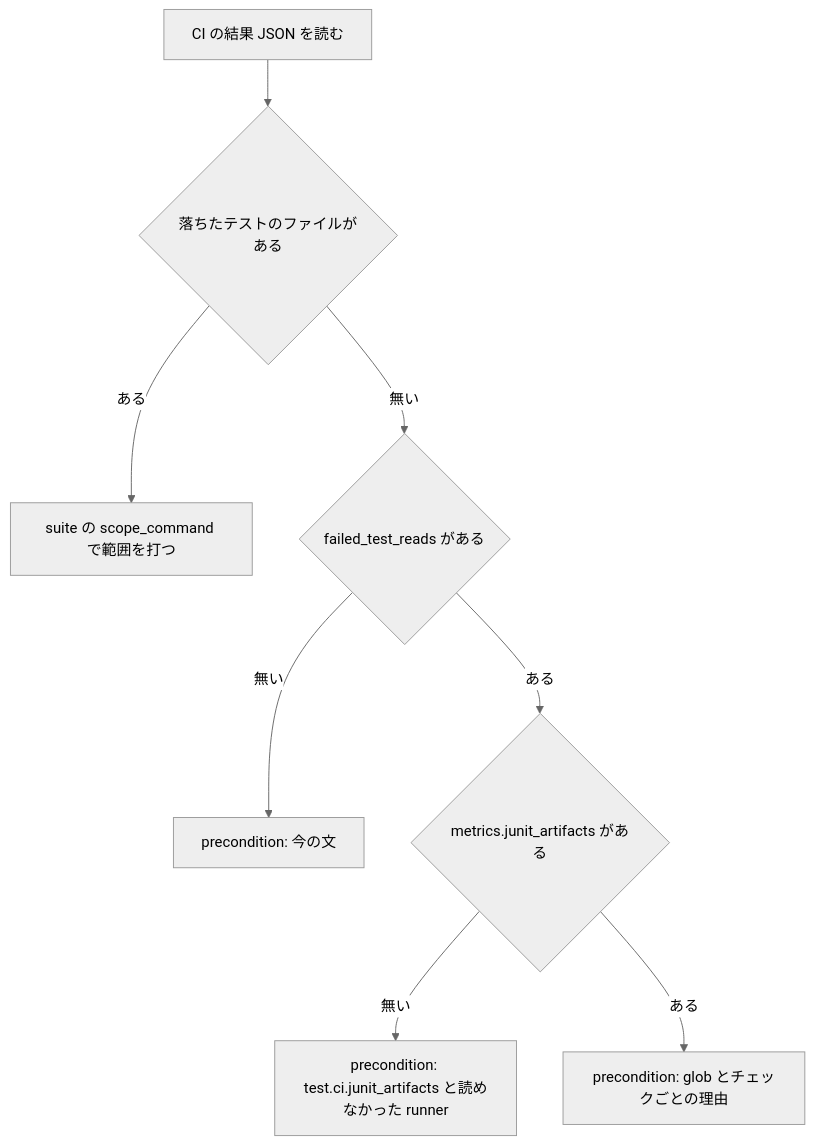
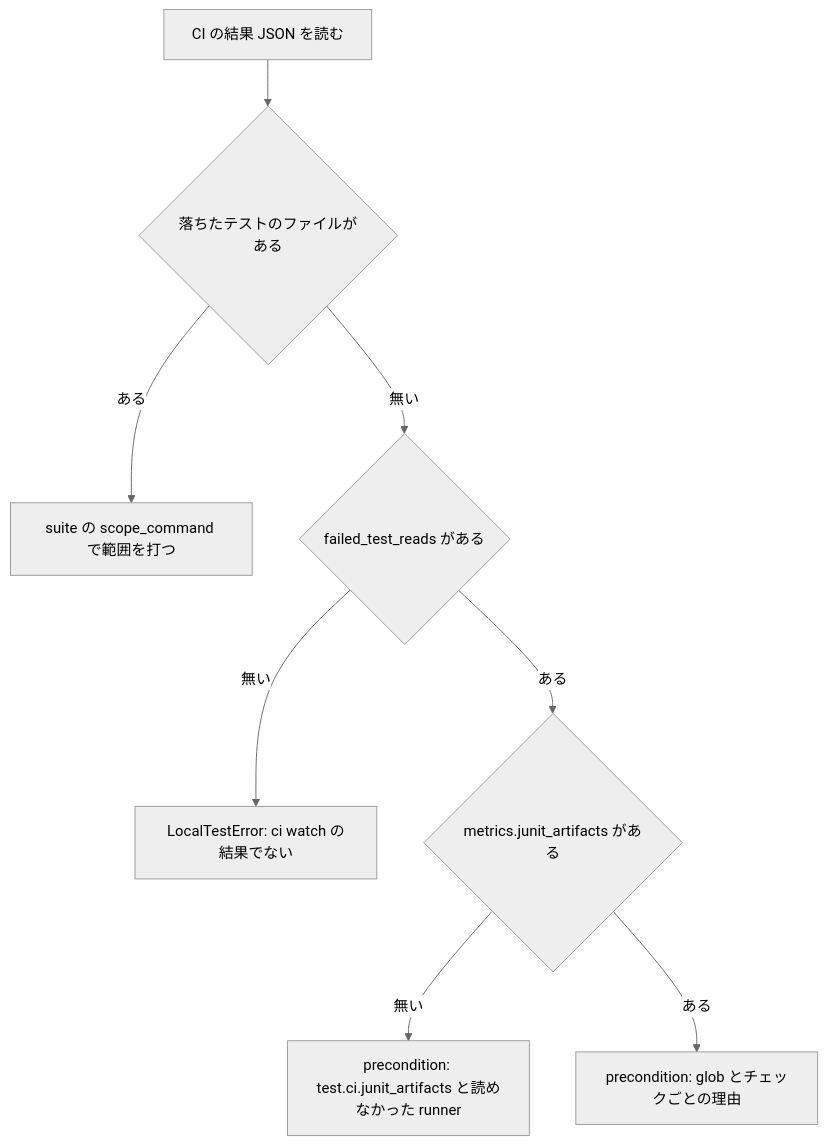
One commit to devbasex/ai-plugins changed the fifth of 5 diagrams in issues/issue-3616-design.md. Above: the diagram before and after it, drawn with Mermaid (neutral theme). The commit also changed other lines of this file, not shown here.

````diff
--- a/issues/issue-3616-design.md
+++ b/issues/issue-3616-design.md
@@ -356,10 +375,10 @@
 ```mermaid
 graph TD
     A[CI の結果 JSON を読む] --> B{落ちたテストのファイルがある}
     B -->|ある| C[suite の scope_command で範囲を打つ]
     B -->|無い| D{failed_test_reads がある}
-    D -->|無い| E[precondition: 今の文]
+    D -->|無い| E[LocalTestError: ci watch の結果でない]
     D -->|ある| F{metrics.junit_artifacts がある}
     F -->|無い| G[precondition: test.ci.junit_artifacts と読めなかった runner]
     F -->|ある| H[precondition: glob とチェックごとの理由]
 ```
````
